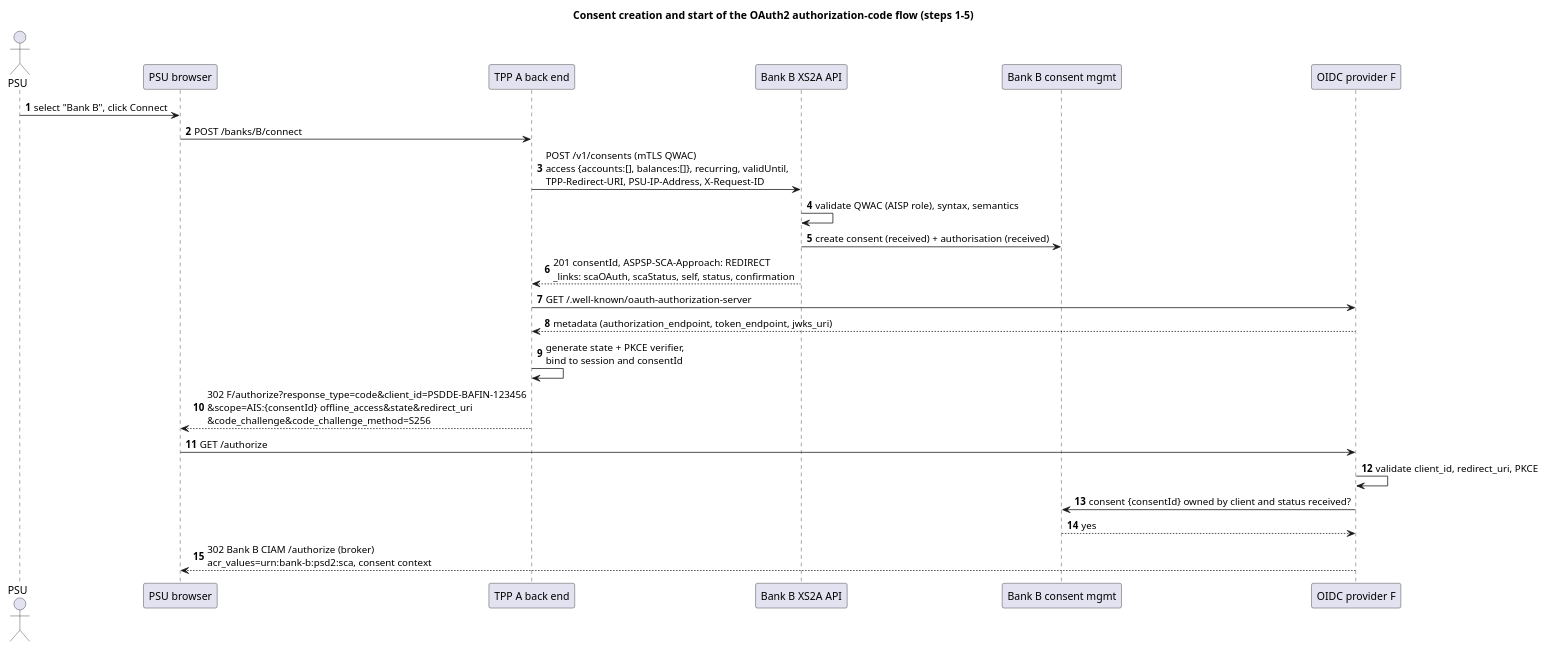
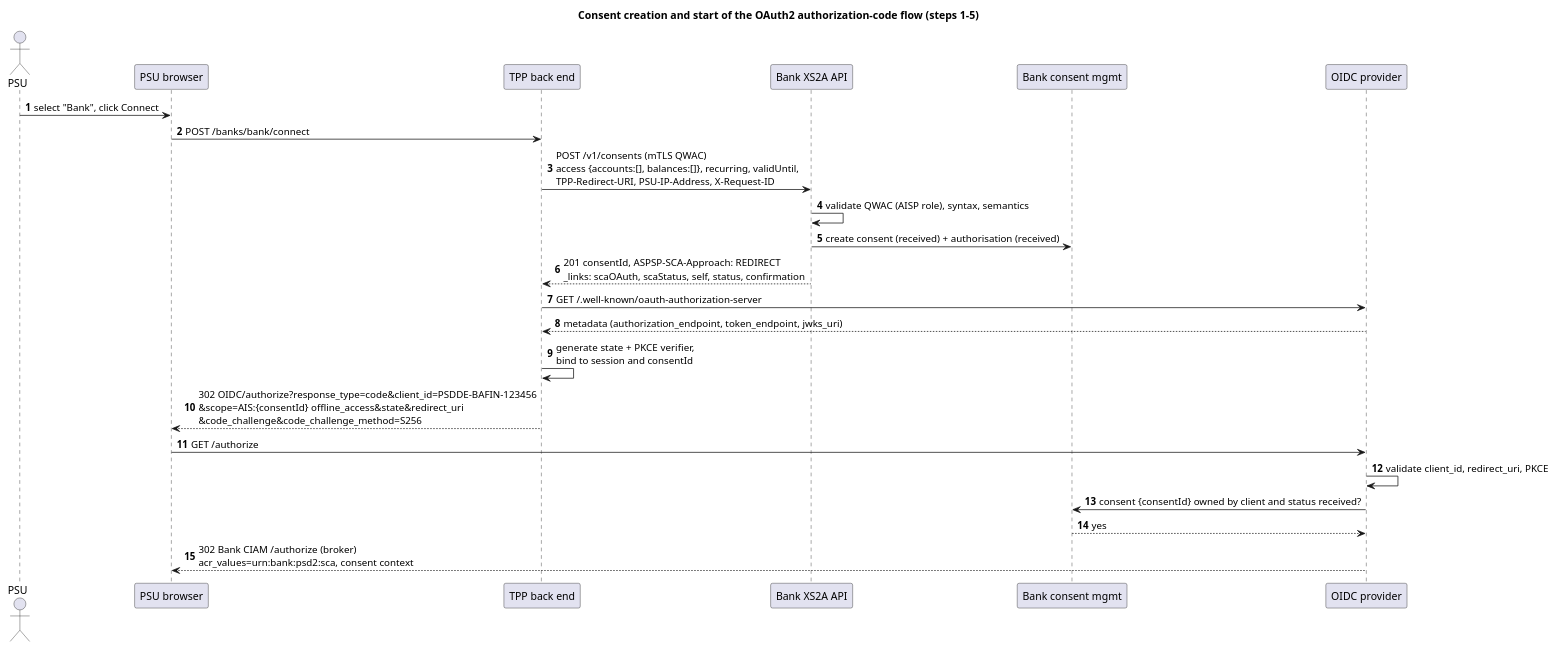
One commit to vondacho/psd2-sandbox changed the diagram in docs/design/puml/04-seq-consent-and-authorization-start.puml. Above: the diagram before and after it, drawn with PlantUML. The commit also changed 149 other files, not shown here.

```diff
--- a/docs/design/puml/04-seq-consent-and-authorization-start.puml
+++ b/docs/design/puml/04-seq-consent-and-authorization-start.puml
@@ -1,26 +1,26 @@
 @startuml 04-seq-consent-and-authorization-start
 title Consent creation and start of the OAuth2 authorization-code flow (steps 1-5)
 autonumber
 actor PSU
 participant "PSU browser" as Br
-participant "TPP A back end" as A
-participant "Bank B XS2A API" as XS2A
-participant "Bank B consent mgmt" as CM
-participant "OIDC provider F" as F
+participant "TPP back end" as TPP
+participant "Bank XS2A API" as XS2A
+participant "Bank consent mgmt" as CM
+participant "OIDC provider" as OIDC
 
-PSU -> Br : select "Bank B", click Connect
-Br -> A : POST /banks/B/connect
-A -> XS2A : POST /v1/consents (mTLS QWAC)\naccess {accounts:[], balances:[]}, recurring, validUntil,\nTPP-Redirect-URI, PSU-IP-Address, X-Request-ID
+PSU -> Br : select "Bank", click Connect
+Br -> TPP : POST /banks/bank/connect
+TPP -> XS2A : POST /v1/consents (mTLS QWAC)\naccess {accounts:[], balances:[]}, recurring, validUntil,\nTPP-Redirect-URI, PSU-IP-Address, X-Request-ID
 XS2A -> XS2A : validate QWAC (AISP role), syntax, semantics
 XS2A -> CM : create consent (received) + authorisation (received)
-XS2A --> A : 201 consentId, ASPSP-SCA-Approach: REDIRECT\n_links: scaOAuth, scaStatus, self, status, confirmation
-A -> F : GET /.well-known/oauth-authorization-server
-F --> A : metadata (authorization_endpoint, token_endpoint, jwks_uri)
-A -> A : generate state + PKCE verifier,\nbind to session and consentId
-A --> Br : 302 F/authorize?response_type=code&client_id=PSDDE-BAFIN-123456\n&scope=AIS:{consentId} offline_access&state&redirect_uri\n&code_challenge&code_challenge_method=S256
-Br -> F : GET /authorize
-F -> F : validate client_id, redirect_uri, PKCE
-F -> CM : consent {consentId} owned by client and status received?
-CM --> F : yes
-F --> Br : 302 Bank B CIAM /authorize (broker)\nacr_values=urn:bank-b:psd2:sca, consent context
+XS2A --> TPP : 201 consentId, ASPSP-SCA-Approach: REDIRECT\n_links: scaOAuth, scaStatus, self, status, confirmation
+TPP -> OIDC : GET /.well-known/oauth-authorization-server
+OIDC --> TPP : metadata (authorization_endpoint, token_endpoint, jwks_uri)
+TPP -> TPP : generate state + PKCE verifier,\nbind to session and consentId
+TPP --> Br : 302 OIDC/authorize?response_type=code&client_id=PSDDE-BAFIN-123456\n&scope=AIS:{consentId} offline_access&state&redirect_uri\n&code_challenge&code_challenge_method=S256
+Br -> OIDC : GET /authorize
+OIDC -> OIDC : validate client_id, redirect_uri, PKCE
+OIDC -> CM : consent {consentId} owned by client and status received?
+CM --> OIDC : yes
+OIDC --> Br : 302 Bank CIAM /authorize (broker)\nacr_values=urn:bank:psd2:sca, consent context
 @enduml
```
